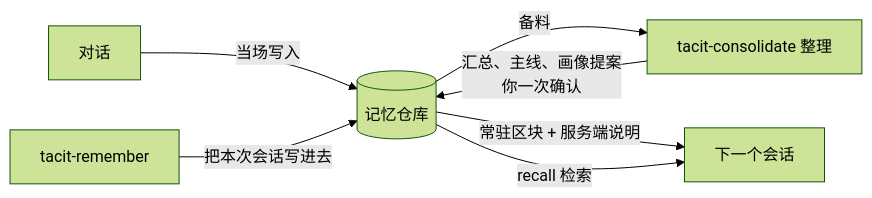
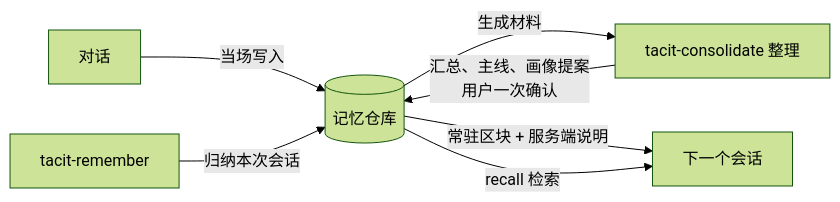
The first of 2 diagrams in docs/overview.md (kearril/tacit-memory), drawn with Mermaid (forest theme) before and after one commit. The commit also changed other lines of this file and 13 other files, not shown here.

````diff
--- a/docs/overview.md
+++ b/docs/overview.md
@@ -28,9 +28,9 @@
 ```mermaid
 flowchart LR
     Talk[对话] -->|当场写入| Mem[(记忆仓库)]
-    Remember[tacit-remember] -->|把本次会话写进去| Mem
-    Mem -->|备料| Consolidate[tacit-consolidate 整理]
-    Consolidate -->|汇总、主线、画像提案<br>你一次确认| Mem
+    Remember[tacit-remember] -->|归纳本次会话| Mem
+    Mem -->|生成材料| Consolidate[tacit-consolidate 整理]
+    Consolidate -->|汇总、主线、画像提案<br>用户一次确认| Mem
     Mem -->|常驻区块 + 服务端说明| Session[下一个会话]
     Mem -->|recall 检索| Session
 ```
````
